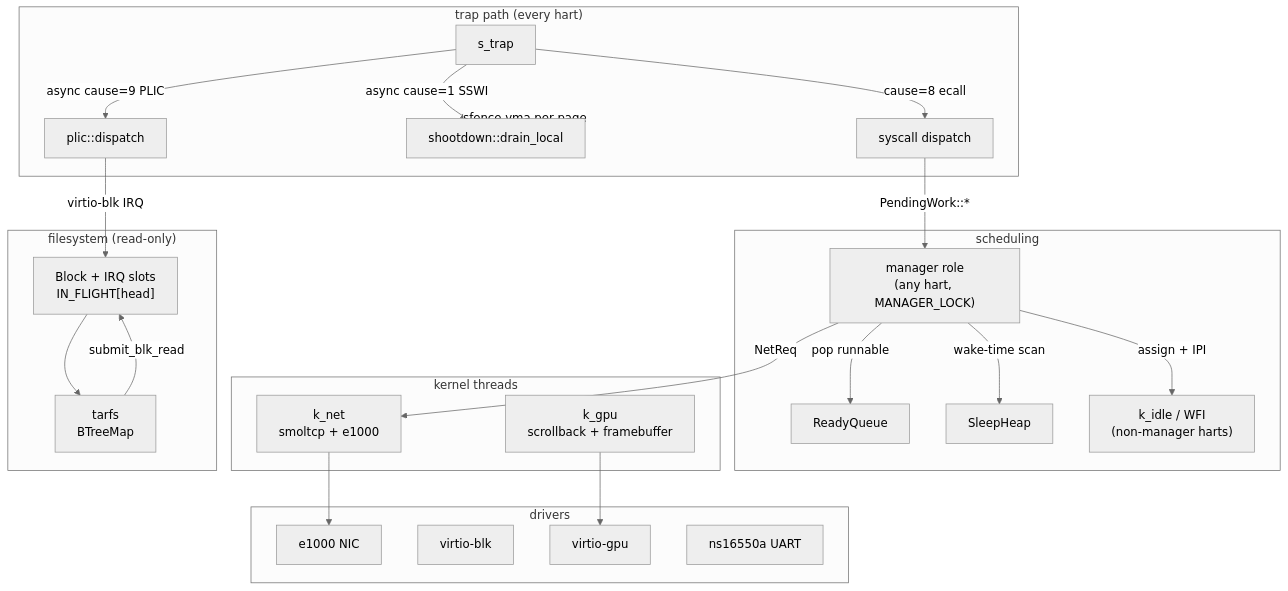
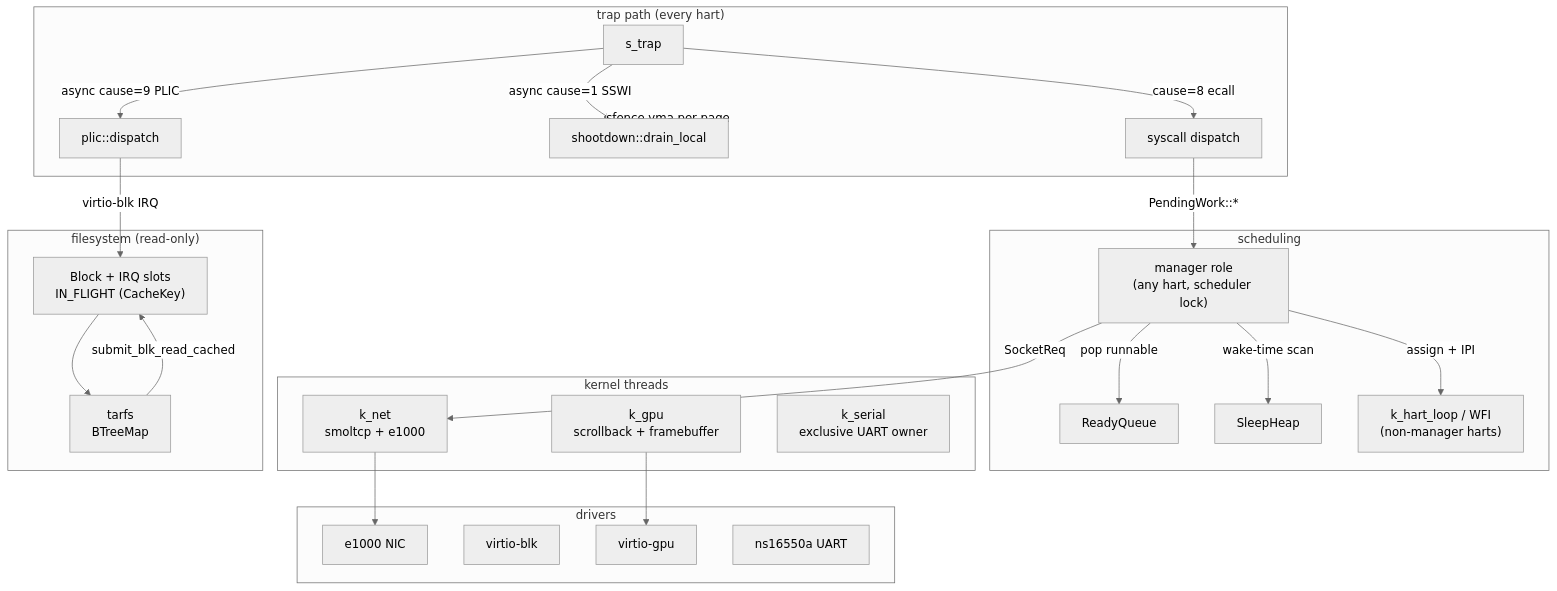
One commit to mayamaclean/orbit changed the second of 4 diagrams in docs/architecture.md. Above: the diagram before and after it, drawn with Mermaid. The commit also changed other lines of this file and 77 other files, not shown here.

````diff
--- a/docs/architecture.md
+++ b/docs/architecture.md
@@ -67,63 +67,65 @@
 ```mermaid
 %%{init: {'theme': 'neutral'}}%%
 graph TD
     subgraph TRAP["trap path (every hart)"]
         STRAP["s_trap"]
         STRAP -->|"cause=8 ecall"| DISP["syscall dispatch"]
         STRAP -->|"async cause=1 SSWI"| SHOOT["shootdown::drain_local"]
         STRAP -->|"async cause=9 PLIC"| PLIC["plic::dispatch"]
     end
 
     subgraph SCHED["scheduling"]
         READY["ReadyQueue"]
         SLEEP["SleepHeap"]
-        MANAGER["manager role<br/>(any hart, MANAGER_LOCK)"]
-        IDLE["k_idle / WFI<br/>(non-manager harts)"]
+        MANAGER["manager role<br/>(any hart, scheduler lock)"]
+        IDLE["k_hart_loop / WFI<br/>(non-manager harts)"]
         MANAGER -->|"pop runnable"| READY
         MANAGER -->|"wake-time scan"| SLEEP
         MANAGER -->|"assign + IPI"| IDLE
     end
 
     subgraph KTHREADS["kernel threads"]
         KNET["k_net<br/>smoltcp + e1000"]
         KGPU["k_gpu<br/>scrollback + framebuffer"]
+        KSERIAL["k_serial<br/>exclusive UART owner"]
     end
 
     subgraph DRIVERS["drivers"]
         E1000["e1000 NIC"]
         VIRTIOBLK["virtio-blk"]
         VIRTIOGPU["virtio-gpu"]
         UART["ns16550a UART"]
     end
 
     subgraph FS["filesystem (read-only)"]
         TARFS["tarfs<br/>BTreeMap<path, Inode>"]
-        BLOCKDEV["Block + IRQ slots<br/>IN_FLIGHT[head]"]
+        BLOCKDEV["Block + IRQ slots<br/>IN_FLIGHT (CacheKey)"]
     end
 
     DISP -->|"PendingWork::*"| MANAGER
-    MANAGER -->|"NetReq"| KNET
+    MANAGER -->|"SocketReq"| KNET
     KNET --> E1000
     KGPU --> VIRTIOGPU
     PLIC -->|"virtio-blk IRQ"| BLOCKDEV
     BLOCKDEV --> TARFS
-    TARFS -->|"submit_blk_read"| BLOCKDEV
+    TARFS -->|"submit_blk_read_cached"| BLOCKDEV
     SHOOT -->|"sfence.vma per page"| TRAP
 
     click STRAP "../kmain/src/bin/orbit.rs" "S-mode trap entry; routes ecall / SSWI / PLIC"
     click DISP "../kmain/src/bin/orbit.rs" "syscall number → handler in kmain::handle_*"
     click SHOOT "../kmain/src/kernel/shootdown.rs" "TLB-shootdown ring drain"
     click PLIC "../kmain/src/drivers/plic.rs" "PLIC source claim + dispatch"
-    click READY "../orbit-core/src/ready_queue.rs" "MPSC ring of runnable threads"
+    click READY "../orbit-core/src/ready_queue.rs" "FIFO of runnable threads with an affinity-filtered scan"
     click SLEEP "../orbit-core/src/sleep_heap.rs" "wake-time min-heap for sleep_ms / futex_wait"
-    click MANAGER "../orbit-core/src/manager.rs" "manager loop; runs on whichever hart currently holds MANAGER_LOCK"
-    click IDLE "../kmain/src/bin/orbit.rs" "harts not holding MANAGER_LOCK — WFI until SSWI"
+    click MANAGER "../kmain/src/lib.rs" "manager pass in k_hart_loop; runs on whichever hart holds the scheduler lock (SchedGuard)"
+    click IDLE "../kmain/src/lib.rs" "harts not holding the scheduler lock — WFI until SSWI"
     click KNET "../kmain/src/lib.rs" "k_net kthread: drives smoltcp sockets + NetChannel rings"
     click KGPU "../kmain/src/drivers/k_gpu.rs" "k_gpu kthread: scrollback + framebuffer"
+    click KSERIAL "../kmain/src/drivers/k_serial.rs" "k_serial kthread: owns the UART; drains SERIAL_RING"
     click E1000 "../kmain/src/drivers/e1000.rs" "e1000 NIC driver (PCI-discovered)"
     click VIRTIOBLK "../kmain/src/drivers/virtio_blk_dev.rs" "kmain wrapper around virtio_blk crate"
     click VIRTIOGPU "../kmain/src/drivers/virtio_gpu_dev.rs" "virtio-gpu driver"
     click UART "../serial/src/lib.rs" "MpUart wrapping ns16550a"
     click TARFS "../kmain/src/kernel/fs/tar.rs" "ustar fs over a single virtio-blk device"
-    click BLOCKDEV "../kmain/src/drivers/virtio_blk_dev.rs" "submit_blk_read + IRQ-driven completion via IN_FLIGHT[head]"
+    click BLOCKDEV "../kmain/src/drivers/virtio_blk_dev.rs" "submit_blk_read_cached + IRQ-driven completion via IN_FLIGHT (CacheKey) → PendingWork::CacheFill"
 ```
````
